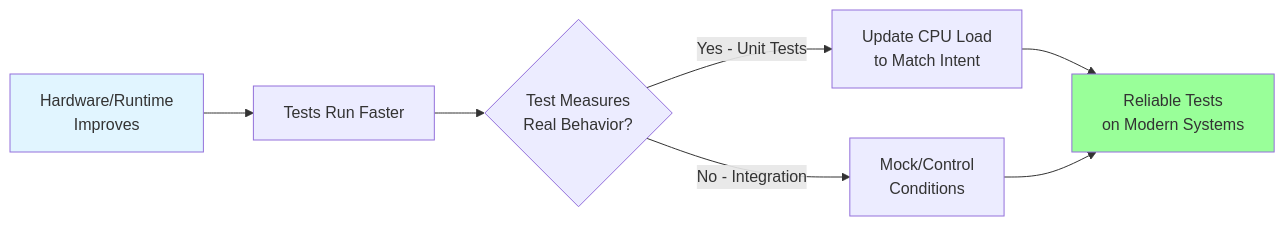
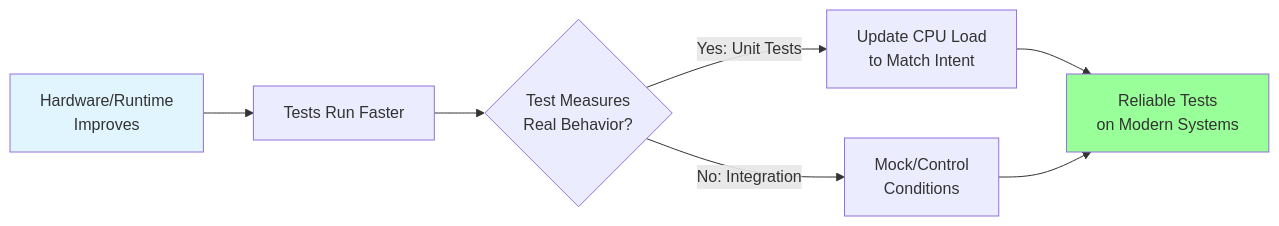
Diagram 11 of 13 in readme.md (andylockran/overload-protection), drawn with Mermaid before and after one commit. The commit also changed other lines of this file and 4 other files, not shown here.

````diff
--- a/readme.md
+++ b/readme.md
@@ -827,13 +833,13 @@
 ```mermaid
-graph LR
-    A[Hardware/Runtime<br/>Improves] --> B[Tests Run Faster]
-    B --> C{Test Measures<br/>Real Behavior?}
-    C -->|Yes - Unit Tests| D[Update CPU Load<br/>to Match Intent]
-    C -->|No - Integration| E[Mock/Control<br/>Conditions]
+flowchart LR
+    A["Hardware/Runtime<br/>Improves"] --> B["Tests Run Faster"]
+    B --> C{"Test Measures<br/>Real Behavior?"}
+    C -->|"Yes: Unit Tests"| D["Update CPU Load<br/>to Match Intent"]
+    C -->|"No: Integration"| E["Mock/Control<br/>Conditions"]
     
-    D --> F[Reliable Tests<br/>on Modern Systems]
+    D --> F["Reliable Tests<br/>on Modern Systems"]
     E --> F
     
     style A fill:#e1f5ff
     style F fill:#99ff99
 ```
````
